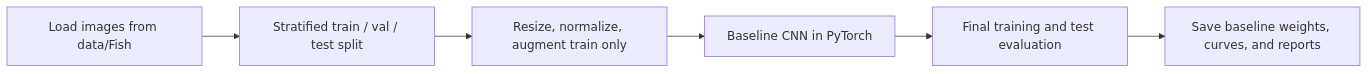
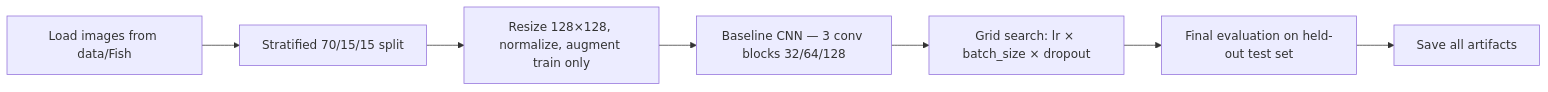
One commit to CGriffin81/CalebGriffin-CS898BA-Project1 changed the diagram in README.md. Above: the diagram before and after it, drawn with Mermaid. The commit also changed other lines of this file and 7 other files, not shown here.

Commit message:
Kiro fish_eval run. Final metrics and outputs added.

````diff
--- a/README.md
+++ b/README.md
@@ -20,8 +25,9 @@
 ```mermaid
 flowchart LR
-	A[Load images from data/Fish] --> B[Stratified train / val / test split]
-	B --> C[Resize, normalize, augment train only]
-	C --> D[Baseline CNN in PyTorch]
-	D --> E[Final training and test evaluation]
-	E --> F[Save baseline weights, curves, and reports]
+    A[Load images from data/Fish] --> B[Stratified 70/15/15 split]
+    B --> C[Resize 128×128, normalize, augment train only]
+    C --> D[Baseline CNN — 3 conv blocks 32/64/128]
+    D --> E[Grid search: lr × batch_size × dropout]
+    E --> F[Final evaluation on held-out test set]
+    F --> G[Save all artifacts]
 ```
````
